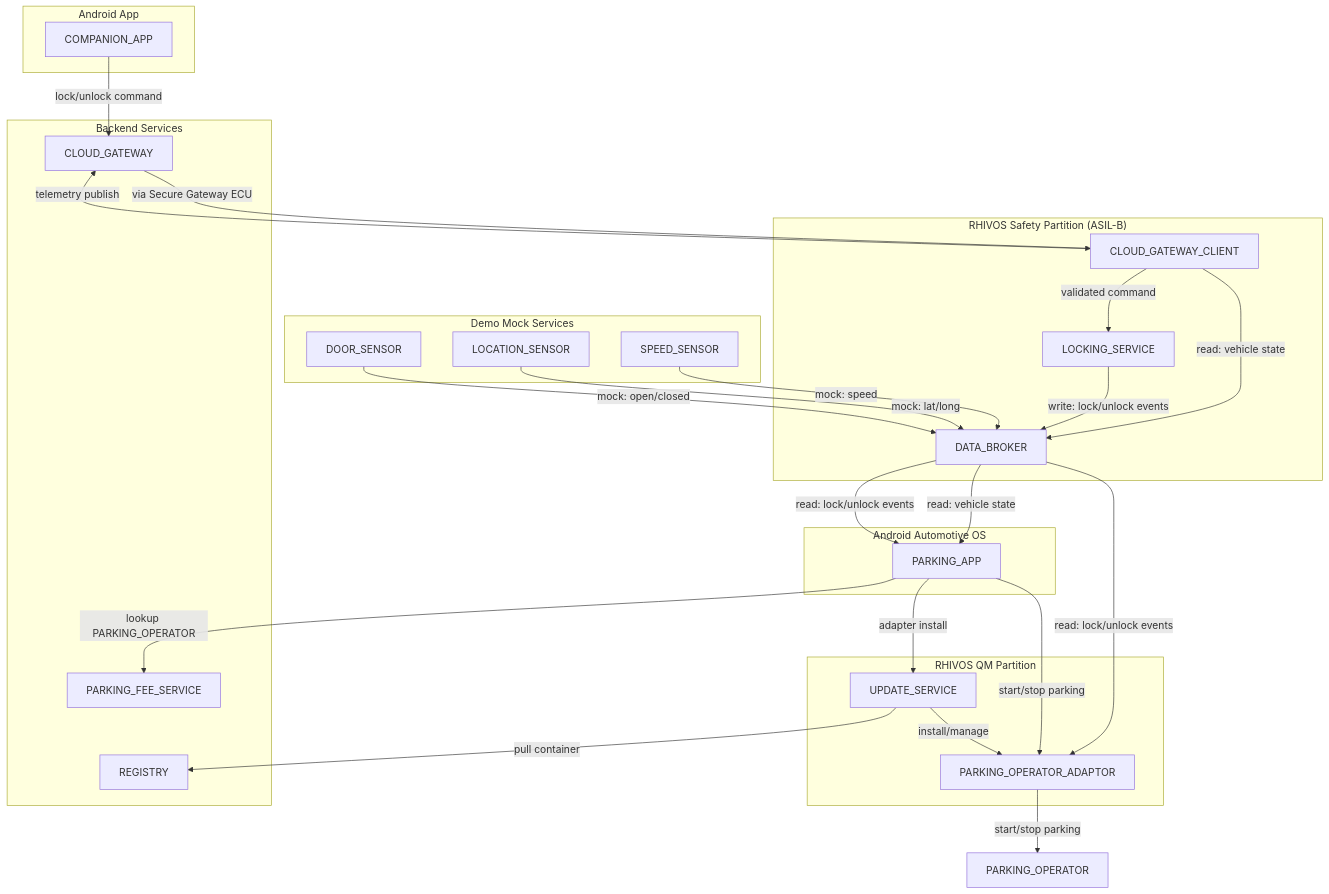
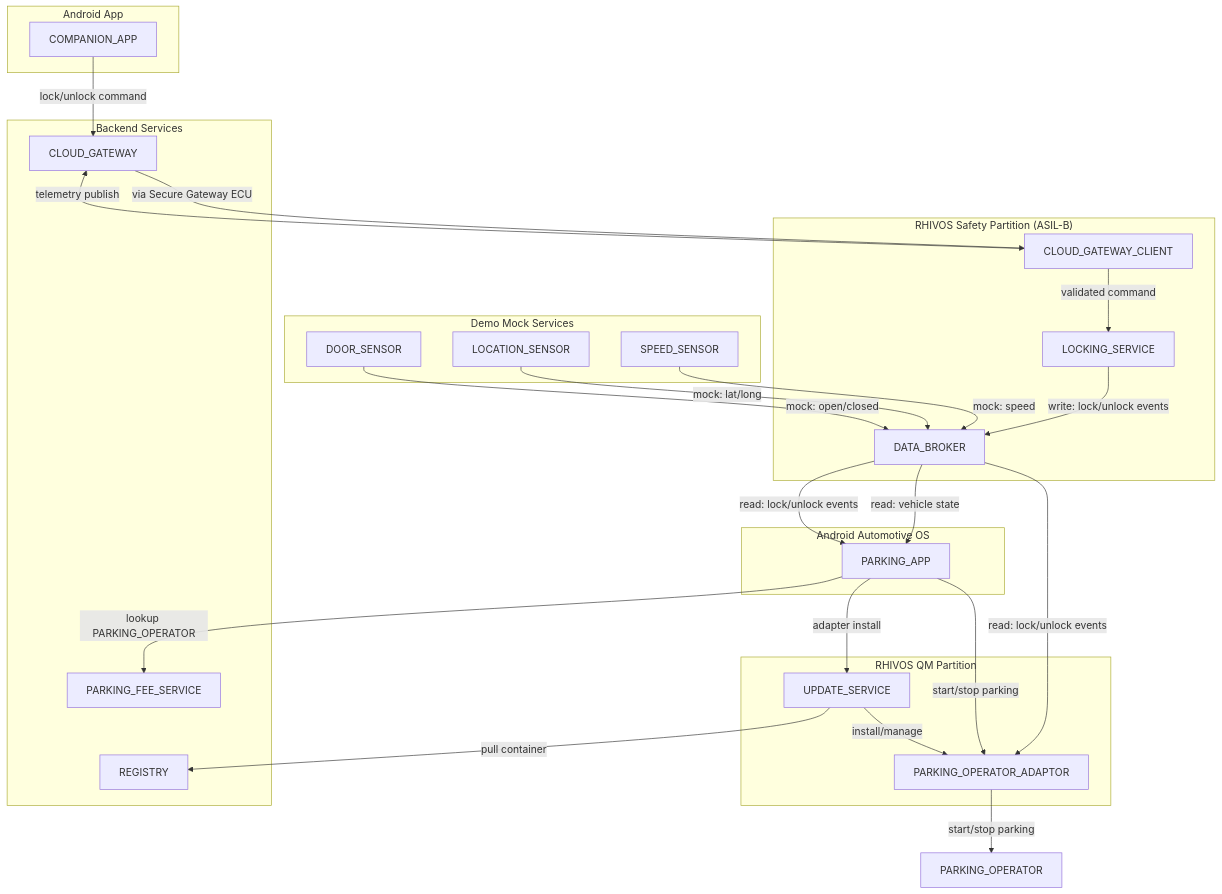
Before and after one commit to rhadp/parking-fee-service: the second of 2 diagrams in prd.md, drawn with Mermaid.

Commit message:
updated the PRD

````diff
--- a/prd.md
+++ b/prd.md
@@ -243,60 +243,59 @@
 ```mermaid
 flowchart TD
 subgraph AAOS["Android Automotive OS"]
 	ParkingApp["PARKING_APP"]
 end
 
 subgraph Android["Android App"]
 	CompanionApp["COMPANION_APP"]
 end
 
 subgraph RHIVOS_Safety["RHIVOS Safety Partition (ASIL-B)"]
   LockingService["LOCKING_SERVICE"]
   DataBroker["DATA_BROKER"]
   CloudGatewayClient["CLOUD_GATEWAY_CLIENT"]
 end
 
 subgraph RHIVOS_QM["RHIVOS QM Partition"]
   Adaptor["PARKING_OPERATOR_ADAPTOR"]
   UpdateService["UPDATE_SERVICE"]
 end
 
 subgraph Cloud["Backend Services"]
   ParkingFeeService["PARKING_FEE_SERVICE"]
   Registry["REGISTRY"]
   CloudGateway["CLOUD_GATEWAY"]
 end
 
 subgraph MockServices["Demo Mock Services"]
   LocationSensor["LOCATION_SENSOR"]
   SpeedSensor["SPEED_SENSOR"]
   DoorSensor["DOOR_SENSOR"]
 end
 
 CompanionApp -->|"lock/unlock command"| CloudGateway
 CloudGateway -->|"via Secure Gateway ECU"| CloudGatewayClient
 
 CloudGatewayClient -->|"validated command"| LockingService
 CloudGatewayClient -->|"telemetry publish"| CloudGateway
-CloudGatewayClient -->|"read: vehicle state"| DataBroker
 
 LockingService -->|"write: lock/unlock events"| DataBroker
 
 DataBroker -->|"read: vehicle state"| ParkingApp
 DataBroker -->|"read: lock/unlock events"| ParkingApp
 DataBroker -->|"read: lock/unlock events"| Adaptor
 
 ParkingApp -->|"lookup PARKING_OPERATOR"| ParkingFeeService
 ParkingApp -->|"adapter install"| UpdateService
 ParkingApp -->|"start/stop parking"| Adaptor
 
 UpdateService -->|"pull container"| Registry
 UpdateService -->|"install/manage"| Adaptor
 
 Adaptor -->|"start/stop parking"| PARKING_OPERATOR["PARKING_OPERATOR"]
 
 SpeedSensor --> |"mock: speed"| DataBroker
 LocationSensor --> |"mock: lat/long"| DataBroker
 DoorSensor --> |"mock: open/closed"| DataBroker
 
 ```
````
